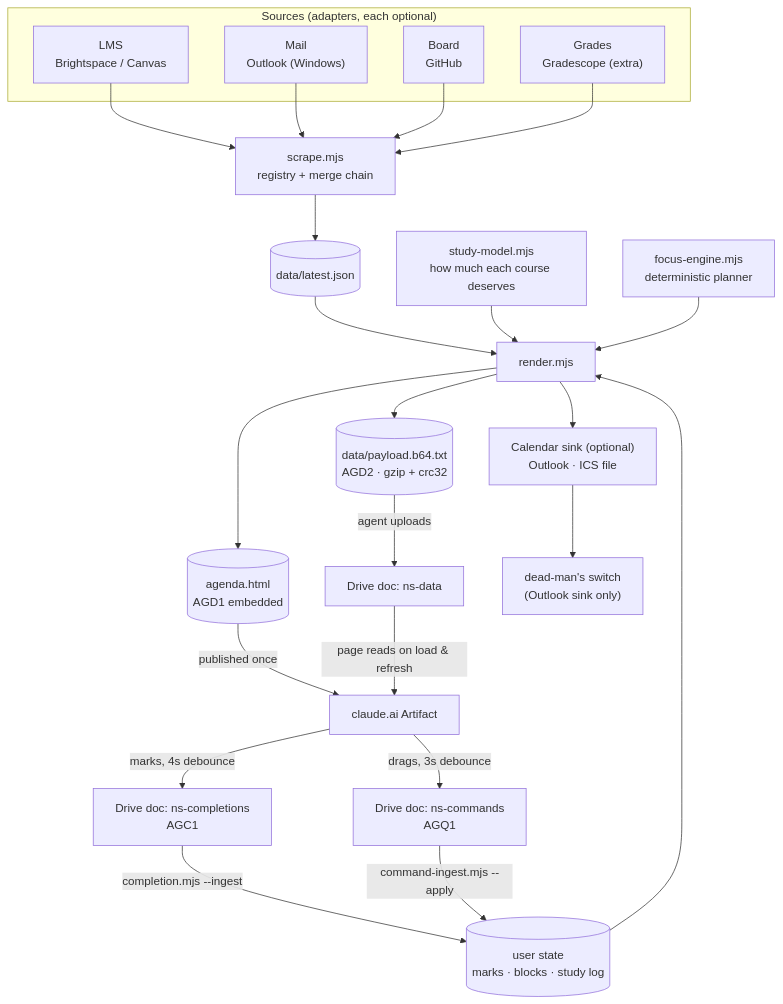
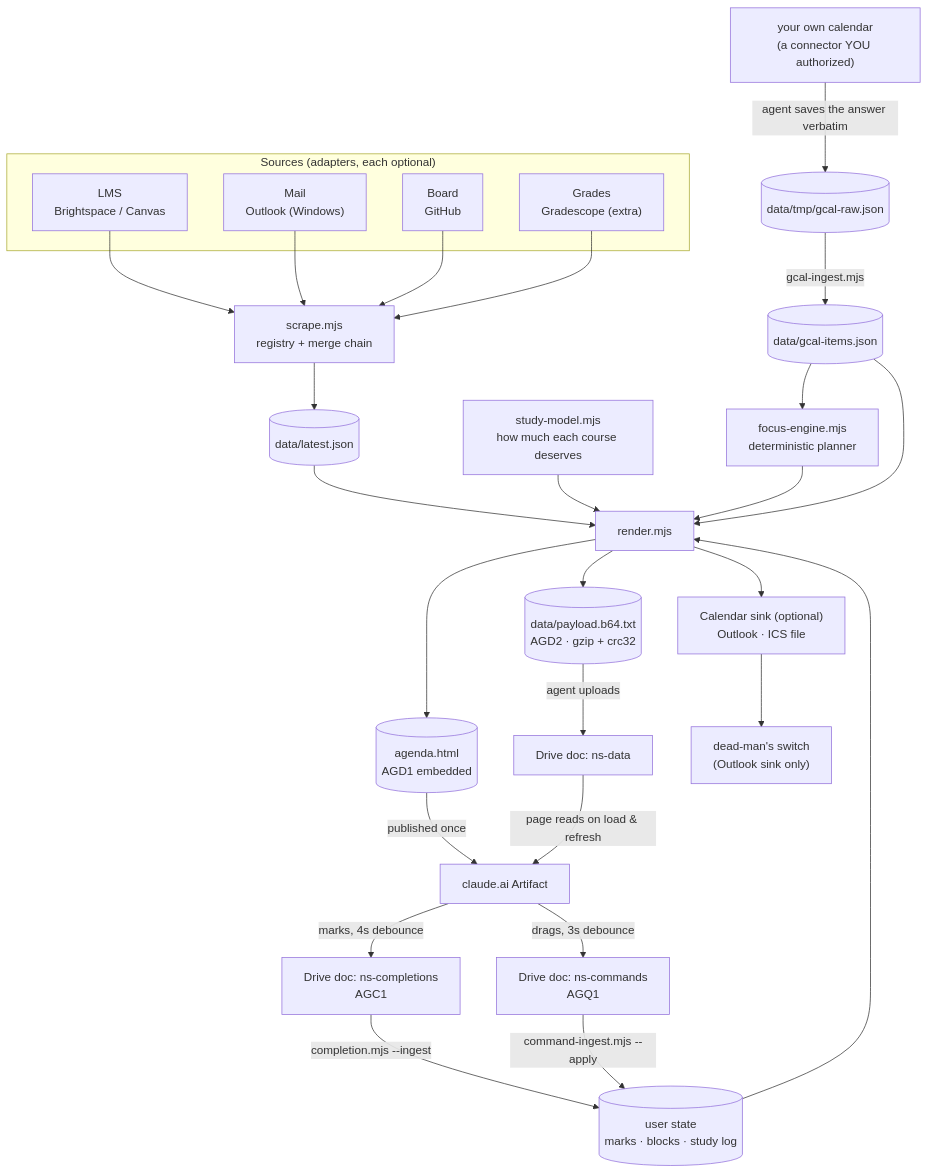
The diagram in docs/ARCHITECTURE.md (SchoolsInBeirut/fellers-agenda), drawn with Mermaid before and after one commit. The commit also changed other lines of this file and 33 other files, not shown here.

First line of the commit message:
feat: read your own calendar inbound, and write a plain-text brief for the phone

````diff
--- a/docs/ARCHITECTURE.md
+++ b/docs/ARCHITECTURE.md
@@ -13,29 +13,33 @@
 ```mermaid
 flowchart TD
   subgraph sources["Sources (adapters, each optional)"]
     LMS["LMS<br/>Brightspace / Canvas"]
     MAIL["Mail<br/>Outlook (Windows)"]
     BOARD["Board<br/>GitHub"]
     GRADES["Grades<br/>Gradescope (extra)"]
   end
   LMS --> SCRAPE
   MAIL --> SCRAPE
   BOARD --> SCRAPE
   GRADES --> SCRAPE
   SCRAPE["scrape.mjs<br/>registry + merge chain"] --> LATEST[("data/latest.json")]
   LATEST --> RENDER
   STATE[("user state<br/>marks · blocks · study log")] --> RENDER
   MODEL["study-model.mjs<br/>how much each course deserves"] --> RENDER
   FOCUS["focus-engine.mjs<br/>deterministic planner"] --> RENDER
+  CAL["your own calendar<br/>(a connector YOU authorized)"] -->|agent saves the answer verbatim| RAW[("data/tmp/gcal-raw.json")]
+  RAW -->|gcal-ingest.mjs| GCAL[("data/gcal-items.json")]
+  GCAL --> FOCUS
+  GCAL --> RENDER
   RENDER["render.mjs"] --> B64[("data/payload.b64.txt<br/>AGD2 · gzip + crc32")]
   RENDER --> HTML[("agenda.html<br/>AGD1 embedded")]
   B64 -->|agent uploads| DOC["Drive doc: ns-data"]
   HTML -->|published once| PAGE["claude.ai Artifact"]
   DOC -->|page reads on load & refresh| PAGE
   PAGE -->|marks, 4s debounce| COMP["Drive doc: ns-completions<br/>AGC1"]
   PAGE -->|drags, 3s debounce| CMD["Drive doc: ns-commands<br/>AGQ1"]
   COMP -->|completion.mjs --ingest| STATE
   CMD -->|command-ingest.mjs --apply| STATE
   RENDER --> SINKS["Calendar sink (optional)<br/>Outlook · ICS file"]
   SINKS --> DEADMAN["dead-man's switch<br/>(Outlook sink only)"]
 ```
````
